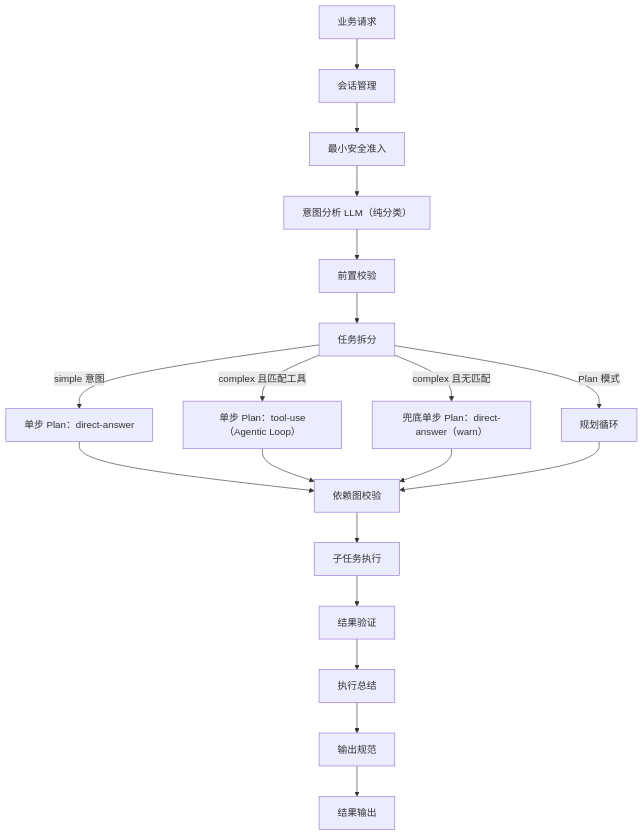
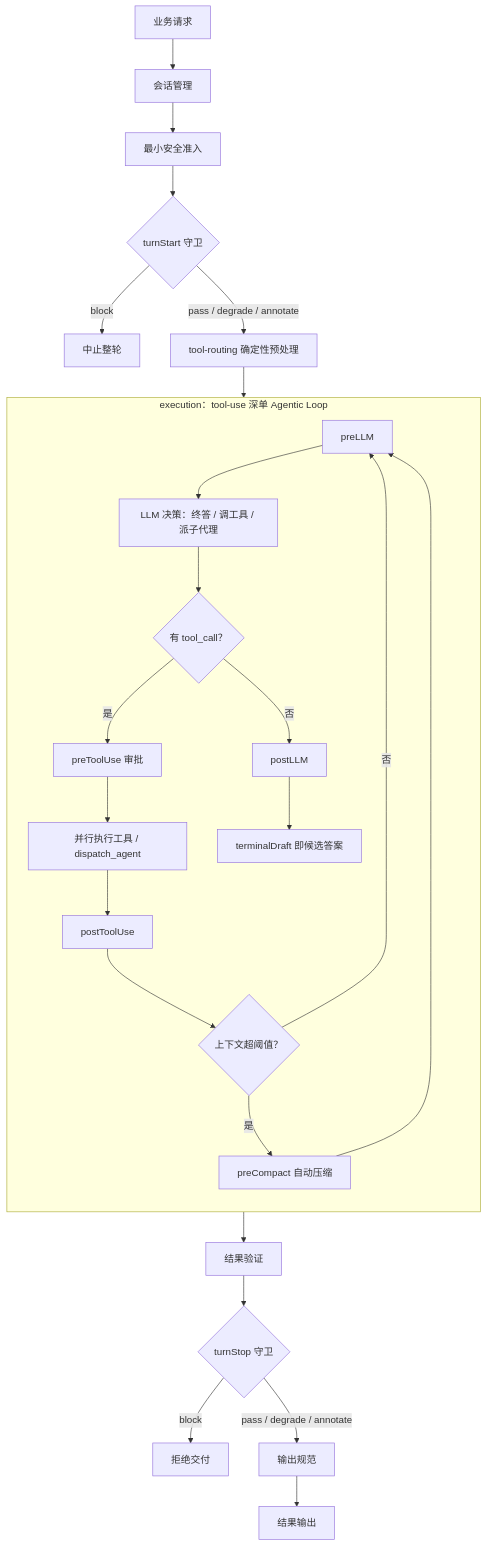
The third of 5 diagrams in docs/overview-design.md (dangaogit/tachu), drawn with Mermaid before and after one commit. The commit also changed other lines of this file and 103 other files, not shown here.

````diff
--- a/docs/overview-design.md
+++ b/docs/overview-design.md
@@ -285,21 +283,28 @@
 ```mermaid
 graph TD
     Start[业务请求] --> Session[会话管理]
     Session --> Safety[最小安全准入]
-    Safety --> Intent[意图分析 LLM（纯分类）]
-    Intent --> PreCheck[前置校验]
-    PreCheck --> Split[任务拆分]
-    Split -- simple 意图 --> DirectPlan[单步 Plan：direct-answer]
-    Split -- complex 且匹配工具 --> ToolUsePlan[单步 Plan：tool-use（Agentic Loop）]
-    Split -- complex 且无匹配 --> FallbackPlan[兜底单步 Plan：direct-answer（warn）]
-    Split -- Plan 模式 --> PlanLoop[规划循环]
-    DirectPlan --> GraphCheck[依赖图校验]
-    ToolUsePlan --> GraphCheck
-    FallbackPlan --> GraphCheck
-    PlanLoop --> GraphCheck
-    GraphCheck --> Execute[子任务执行]
-    Execute --> Validate[结果验证]
-    Validate --> Summary[执行总结]
-    Summary --> Output[输出规范]
+    Safety --> TurnStart{turnStart 守卫}
+    TurnStart -- block --> Abort[中止整轮]
+    TurnStart -- pass / degrade / annotate --> ToolRouting[tool-routing 确定性预处理]
+    ToolRouting --> PreLLM
+    subgraph Loop[execution：tool-use 深单 Agentic Loop]
+        direction TB
+        PreLLM[preLLM] --> LLMDecide[LLM 决策：终答 / 调工具 / 派子代理]
+        LLMDecide --> ToolCall{有 tool_call？}
+        ToolCall -- 是 --> PreToolUse[preToolUse 审批]
+        PreToolUse --> ExecTools[并行执行工具 / dispatch_agent]
+        ExecTools --> PostToolUse[postToolUse]
+        PostToolUse --> CompactCheck{上下文超阈值？}
+        CompactCheck -- 是 --> PreCompact[preCompact 自动压缩]
+        PreCompact --> PreLLM
+        CompactCheck -- 否 --> PreLLM
+        ToolCall -- 否 --> PostLLM[postLLM]
+        PostLLM --> Terminal[terminalDraft 即候选答案]
+    end
+    Terminal --> Validate[结果验证]
+    Validate --> TurnStop{turnStop 守卫}
+    TurnStop -- block --> Reject[拒绝交付]
+    TurnStop -- pass / degrade / annotate --> Output[输出规范]
     Output --> End[结果输出]
 ```
````
